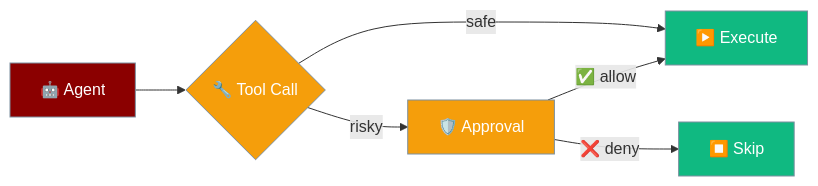
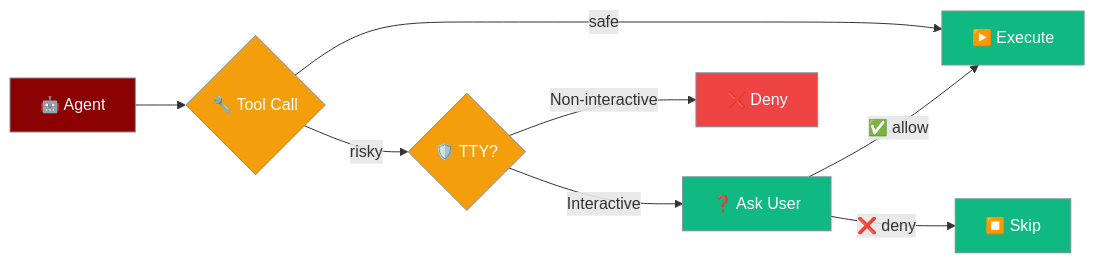
One commit to MervinPraison/PraisonAIDocs changed the first of 4 diagrams in docs/features/approval.mdx. Above: the diagram before and after it, drawn with Mermaid. The commit also changed other lines of this file and 6 other files, not shown here.

````diff
--- a/docs/features/approval.mdx
+++ b/docs/features/approval.mdx
@@ -18,16 +22,20 @@
 ```mermaid
 graph LR
     Agent[🤖 Agent] --> Tool{🔧 Tool Call}
-    Tool -->|risky| Approve[🛡️ Approval]
-    Approve -->|✅ allow| Run[▶️ Execute]
-    Approve -->|❌ deny| Skip[⏹️ Skip]
+    Tool -->|risky| Gate{🛡️ TTY?}
+    Gate -->|Interactive| Ask[❓ Ask User]
+    Gate -->|Non-interactive| Deny[❌ Deny]
+    Ask -->|✅ allow| Run[▶️ Execute]
+    Ask -->|❌ deny| Skip[⏹️ Skip]
     Tool -->|safe| Run
 
     classDef agent fill:#8B0000,stroke:#7C90A0,color:#fff
     classDef gate fill:#F59E0B,stroke:#7C90A0,color:#fff
     classDef ok fill:#10B981,stroke:#7C90A0,color:#fff
+    classDef bad fill:#EF4444,stroke:#7C90A0,color:#fff
 
     class Agent agent
-    class Tool,Approve gate
-    class Run,Skip ok
+    class Tool,Gate gate
+    class Run,Skip,Ask ok
+    class Deny bad
 ```
````
